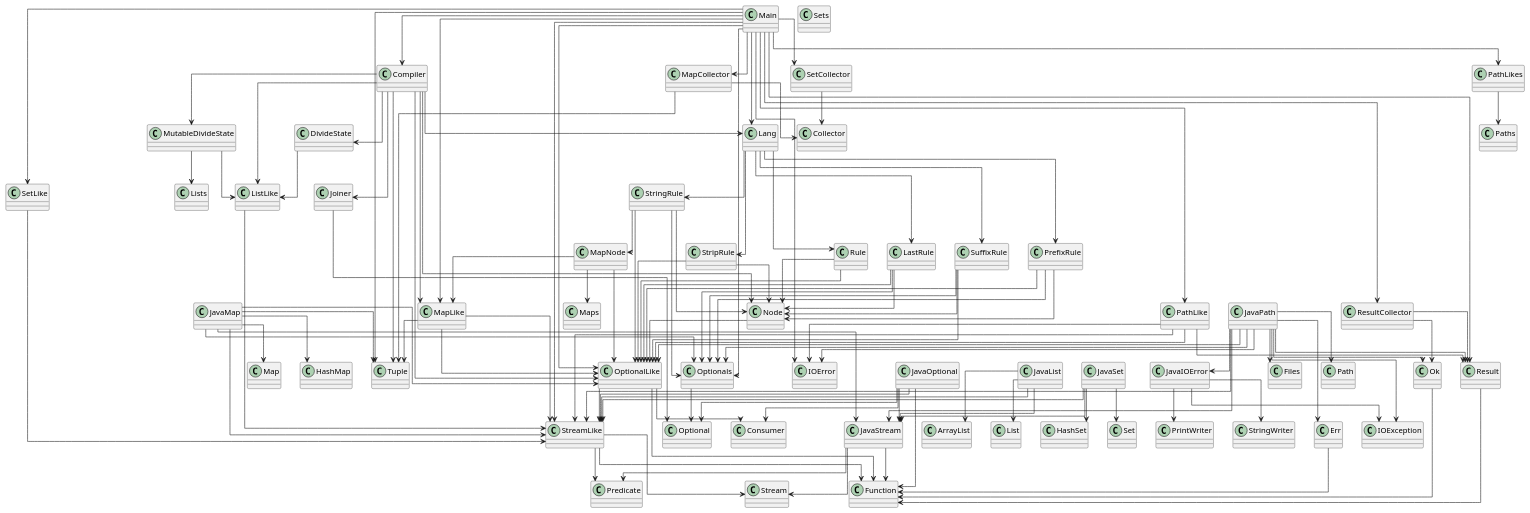
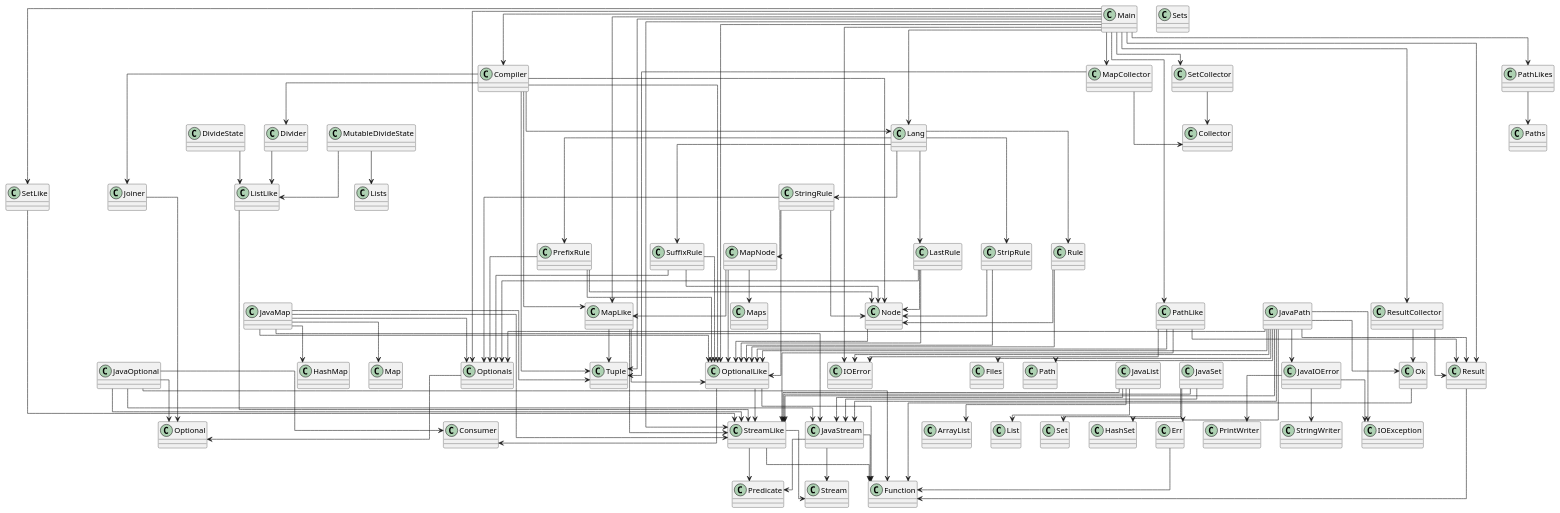
One commit to SirMathhman/Magma changed the diagram in diagram.puml. Above: the diagram before and after it, drawn with PlantUML. The commit also changed 2 other files, not shown here.

```diff
--- a/diagram.puml
+++ b/diagram.puml
@@ -1,163 +1,163 @@
 @startuml
 skinparam linetype ortho
 class StreamLike
 StreamLike --> Function
 StreamLike --> Predicate
 StreamLike --> Stream
 class StringRule
 StringRule --> OptionalLike
 StringRule --> Optionals
 StringRule --> MapNode
 StringRule --> Node
 class Optionals
 Optionals --> Optional
 class JavaIOError
 JavaIOError --> IOException
 JavaIOError --> PrintWriter
 JavaIOError --> StringWriter
 class Err
 Err --> Function
 class JavaMap
 JavaMap --> Tuple
 JavaMap --> JavaStream
 JavaMap --> StreamLike
 JavaMap --> OptionalLike
 JavaMap --> Optionals
 JavaMap --> HashMap
 JavaMap --> Map
 class Node
 Node --> OptionalLike
 class JavaStream
 JavaStream --> Function
 JavaStream --> Predicate
 JavaStream --> Stream
 class MapNode
 MapNode --> MapLike
 MapNode --> Maps
 MapNode --> OptionalLike
 class LastRule
 LastRule --> OptionalLike
 LastRule --> Optionals
 LastRule --> Node
 class Result
 Result --> Function
 class OptionalLike
 OptionalLike --> StreamLike
 OptionalLike --> Consumer
 OptionalLike --> Function
 class Maps
 class Lists
 class Sets
 class PathLike
 PathLike --> StreamLike
 PathLike --> IOError
 PathLike --> OptionalLike
 PathLike --> Result
 class Collector
 class MapCollector
 MapCollector --> Tuple
 MapCollector --> Collector
 class ResultCollector
 ResultCollector --> Ok
 ResultCollector --> Result
 class PrefixRule
 PrefixRule --> OptionalLike
 PrefixRule --> Optionals
 PrefixRule --> Node
 class Compiler
 Compiler --> Tuple
-Compiler --> ListLike
 Compiler --> MapLike
 Compiler --> Joiner
 Compiler --> OptionalLike
-Compiler --> DivideState
-Compiler --> MutableDivideState
+Compiler --> Divider
 Compiler --> Lang
 Compiler --> Node
 class Joiner
 Joiner --> Optional
 class MapLike
 MapLike --> Tuple
 MapLike --> StreamLike
 MapLike --> OptionalLike
 class PathLikes
 PathLikes --> Paths
 class StripRule
 StripRule --> OptionalLike
 StripRule --> Node
 class JavaList
 JavaList --> JavaStream
 JavaList --> StreamLike
 JavaList --> ArrayList
 JavaList --> List
 class Lang
 Lang --> LastRule
 Lang --> PrefixRule
 Lang --> Rule
 Lang --> StringRule
 Lang --> StripRule
 Lang --> SuffixRule
 class JavaPath
 JavaPath --> JavaStream
 JavaPath --> StreamLike
 JavaPath --> IOError
 JavaPath --> JavaIOError
 JavaPath --> OptionalLike
 JavaPath --> Optionals
 JavaPath --> Err
 JavaPath --> Ok
 JavaPath --> Result
 JavaPath --> IOException
 JavaPath --> Files
 JavaPath --> Path
 class MutableDivideState
 MutableDivideState --> ListLike
 MutableDivideState --> Lists
 class JavaOptional
 JavaOptional --> JavaStream
 JavaOptional --> StreamLike
 JavaOptional --> Optional
 JavaOptional --> Consumer
 JavaOptional --> Function
 class DivideState
 DivideState --> ListLike
 class IOError
 class SuffixRule
 SuffixRule --> OptionalLike
 SuffixRule --> Optionals
 SuffixRule --> Node
 class SetCollector
 SetCollector --> Collector
 class Rule
 Rule --> OptionalLike
 Rule --> Node
 class SetLike
 SetLike --> StreamLike
 class Ok
 Ok --> Function
+class Divider
+Divider --> ListLike
 class Main
 Main --> Tuple
 Main --> MapCollector
 Main --> MapLike
 Main --> SetCollector
 Main --> SetLike
 Main --> ResultCollector
 Main --> StreamLike
 Main --> IOError
 Main --> PathLike
 Main --> PathLikes
 Main --> OptionalLike
 Main --> Optionals
 Main --> Result
 Main --> Compiler
 Main --> Lang
 class ListLike
 ListLike --> StreamLike
 class Tuple
 class JavaSet
 JavaSet --> JavaStream
 JavaSet --> StreamLike
 JavaSet --> HashSet
 JavaSet --> Set
 
 @enduml
```
